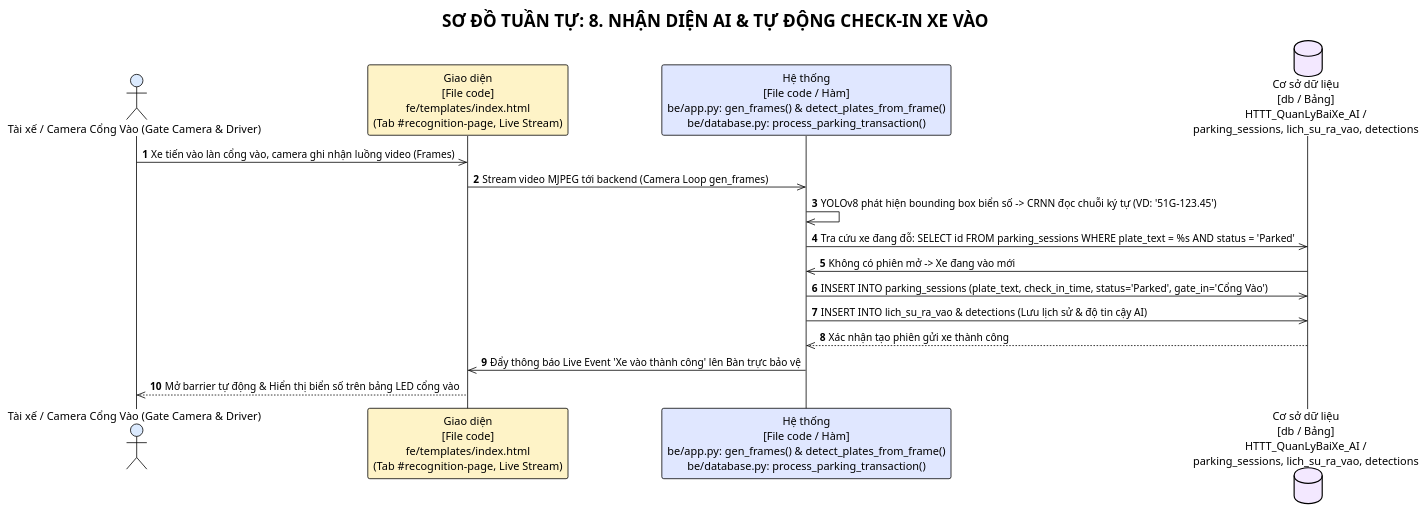
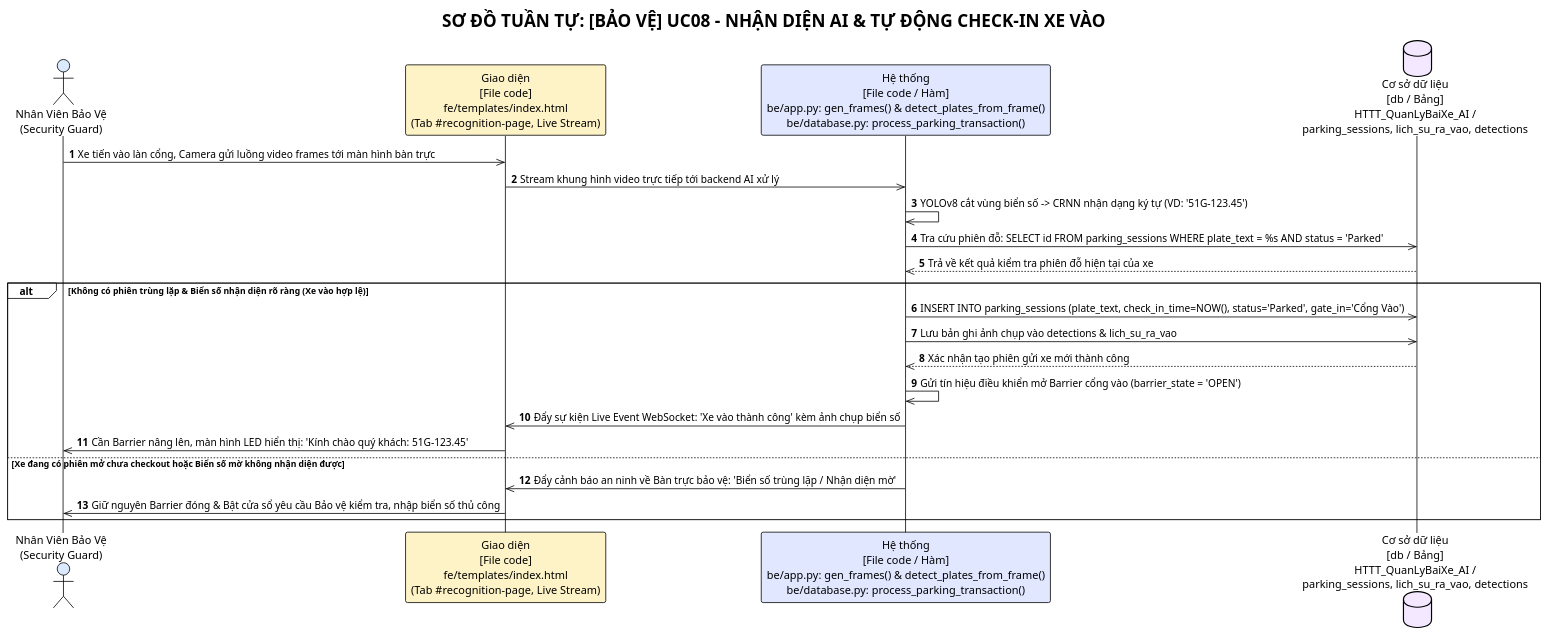
One commit to Truong027/CNPM24 changed the eighth of 13 diagrams in ongthanquoctruong_24CT2_cnpm/docs/SEQUENCE_DIAGRAMS.puml. Above: the diagram before and after it, drawn with PlantUML. The commit also changed other lines of this file and 26 other files, not shown here.

Commit message:
docs: update sequence diagrams with actor stick figures, alt frames, and grouped by actor

```diff
--- a/ongthanquoctruong_24CT2_cnpm/docs/SEQUENCE_DIAGRAMS.puml
+++ b/ongthanquoctruong_24CT2_cnpm/docs/SEQUENCE_DIAGRAMS.puml
@@ -154,22 +211,29 @@
-@startuml uc08_auto_checkin
+@startuml uc08_guard_auto_checkin
 !theme plain
-title SƠ ĐỒ TUẦN TỰ: 8. NHẬN DIỆN AI & TỰ ĐỘNG CHECK-IN XE VÀO
+title SƠ ĐỒ TUẦN TỰ: [BẢO VỆ] UC08 - NHẬN DIỆN AI & TỰ ĐỘNG CHECK-IN XE VÀO
 autonumber
 
-actor "Tài xế / Camera Cổng Vào (Gate Camera & Driver)" as Actor #DBEAFE
+actor "Nhân Viên Bảo Vệ\n(Security Guard)" as Actor #DBEAFE
 participant "Giao diện\n[File code]\nfe/templates/index.html\n(Tab #recognition-page, Live Stream)" as UI #FEF3C7
 participant "Hệ thống\n[File code / Hàm]\nbe/app.py: gen_frames() & detect_plates_from_frame()\nbe/database.py: process_parking_transaction()" as Sys #E0E7FF
 database "Cơ sở dữ liệu\n[db / Bảng]\nHTTT_QuanLyBaiXe_AI /\nparking_sessions, lich_su_ra_vao, detections" as DB #F3E8FF
 
-Actor ->> UI: Xe tiến vào làn cổng vào, camera ghi nhận luồng video (Frames)
-UI ->> Sys: Stream video MJPEG tới backend (Camera Loop gen_frames)
-Sys ->> Sys: YOLOv8 phát hiện bounding box biển số -> CRNN đọc chuỗi ký tự (VD: '51G-123.45')
-Sys ->> DB: Tra cứu xe đang đỗ: SELECT id FROM parking_sessions WHERE plate_text = %s AND status = 'Parked'
-DB ->> Sys: Không có phiên mở -> Xe đang vào mới
-Sys ->> DB: INSERT INTO parking_sessions (plate_text, check_in_time, status='Parked', gate_in='Cổng Vào')
-Sys ->> DB: INSERT INTO lich_su_ra_vao & detections (Lưu lịch sử & độ tin cậy AI)
-DB -->> Sys: Xác nhận tạo phiên gửi xe thành công
-Sys ->> UI: Đẩy thông báo Live Event 'Xe vào thành công' lên Bàn trực bảo vệ
-UI -->> Actor: Mở barrier tự động & Hiển thị biển số trên bảng LED cổng vào
+Actor ->> UI: Xe tiến vào làn cổng, Camera gửi luồng video frames tới màn hình bàn trực
+UI ->> Sys: Stream khung hình video trực tiếp tới backend AI xử lý
+Sys ->> Sys: YOLOv8 cắt vùng biển số -> CRNN nhận dạng ký tự (VD: '51G-123.45')
+Sys ->> DB: Tra cứu phiên đỗ: SELECT id FROM parking_sessions WHERE plate_text = %s AND status = 'Parked'
+DB -->> Sys: Trả về kết quả kiểm tra phiên đỗ hiện tại của xe
+
+alt Không có phiên trùng lặp & Biển số nhận diện rõ ràng (Xe vào hợp lệ)
+    Sys ->> DB: INSERT INTO parking_sessions (plate_text, check_in_time=NOW(), status='Parked', gate_in='Cổng Vào')
+    Sys ->> DB: Lưu bản ghi ảnh chụp vào detections & lich_su_ra_vao
+    DB -->> Sys: Xác nhận tạo phiên gửi xe mới thành công
+    Sys ->> Sys: Gửi tín hiệu điều khiển mở Barrier cổng vào (barrier_state = 'OPEN')
+    Sys ->> UI: Đẩy sự kiện Live Event WebSocket: 'Xe vào thành công' kèm ảnh chụp biển số
+    UI ->> Actor: Cần Barrier nâng lên, màn hình LED hiển thị: 'Kính chào quý khách: 51G-123.45'
+else Xe đang có phiên mở chưa checkout hoặc Biển số mờ không nhận diện được
+    Sys ->> UI: Đẩy cảnh báo an ninh về Bàn trực bảo vệ: 'Biển số trùng lặp / Nhận diện mờ'
+    UI ->> Actor: Giữ nguyên Barrier đóng & Bật cửa sổ yêu cầu Bảo vệ kiểm tra, nhập biển số thủ công
+end
 
 @enduml
```
